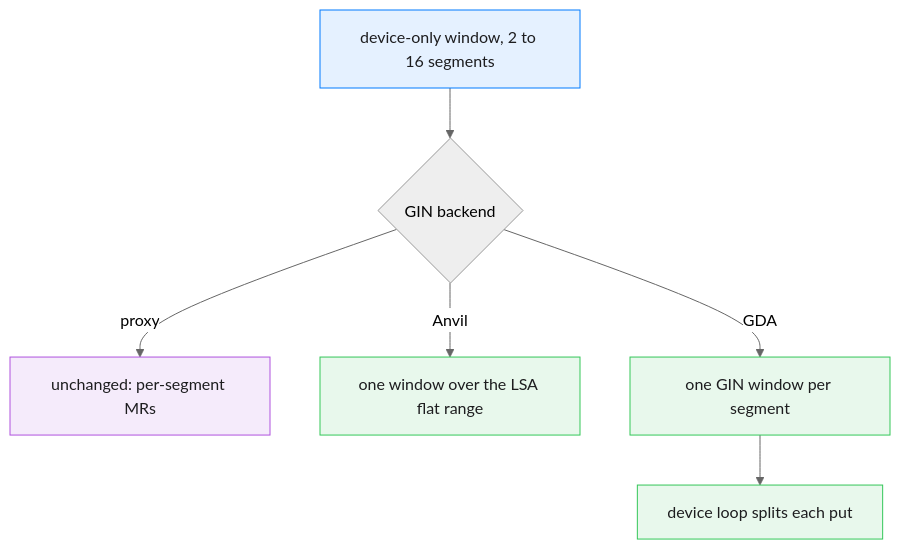
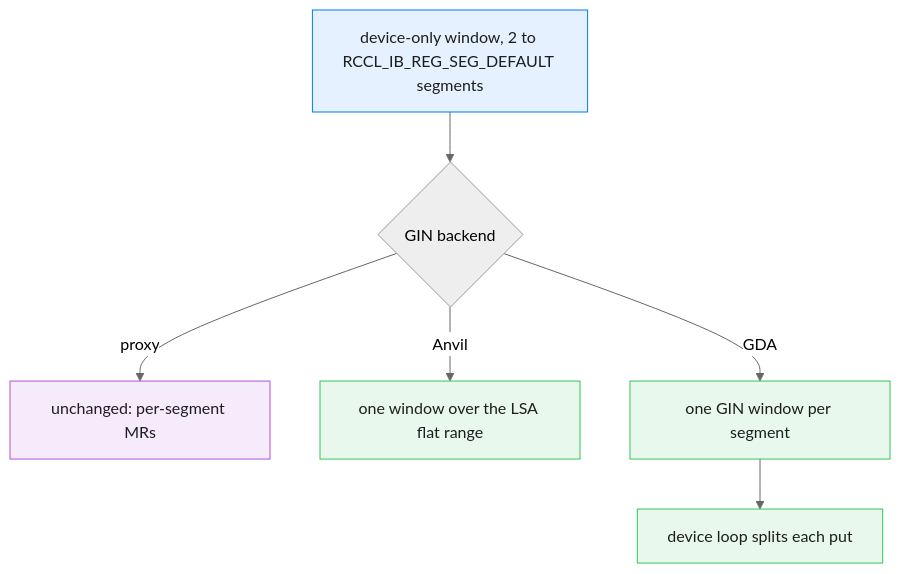
Before and after one commit to ROCm/rocm-systems: the second of 2 diagrams in projects/rccl/docs/design/multi_segment_gin_rocshmem_gda_and_anvil_sdma.md, drawn with Mermaid (neutral theme). The commit also changed other lines of this file and 16 other files, not shown here.

````diff
--- a/projects/rccl/docs/design/multi_segment_gin_rocshmem_gda_and_anvil_sdma.md
+++ b/projects/rccl/docs/design/multi_segment_gin_rocshmem_gda_and_anvil_sdma.md
@@ -116,15 +130,15 @@
 ```mermaid
 %% caption: Proposed handling of a device-only multi-segment window per GIN backend
 flowchart TD
- d["device-only window, 2 to 16 segments"] --> be{"GIN backend"}
+ d["device-only window, 2 to RCCL_IB_REG_SEG_DEFAULT segments"] --> be{"GIN backend"}
  be -->|"proxy"| p["unchanged: per-segment MRs"]
  be -->|"Anvil"| a["one window over the LSA flat range"]
  be -->|"GDA"| g["one GIN window per segment"]
  g --> loop["device loop splits each put"]
  classDef gin fill:#e5f1ff,stroke:#007aff,color:#1d1d1f
  classDef rma fill:#f5ebfb,stroke:#af52de,color:#1d1d1f
  classDef okpath fill:#e8f8ec,stroke:#34c759,color:#1d1d1f
  class d gin
  class p rma
  class a,g,loop okpath
 ```
````
